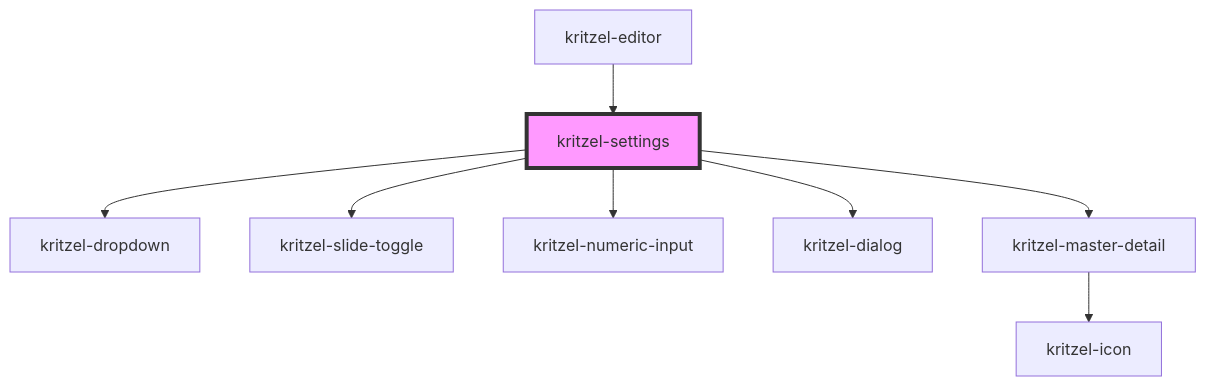
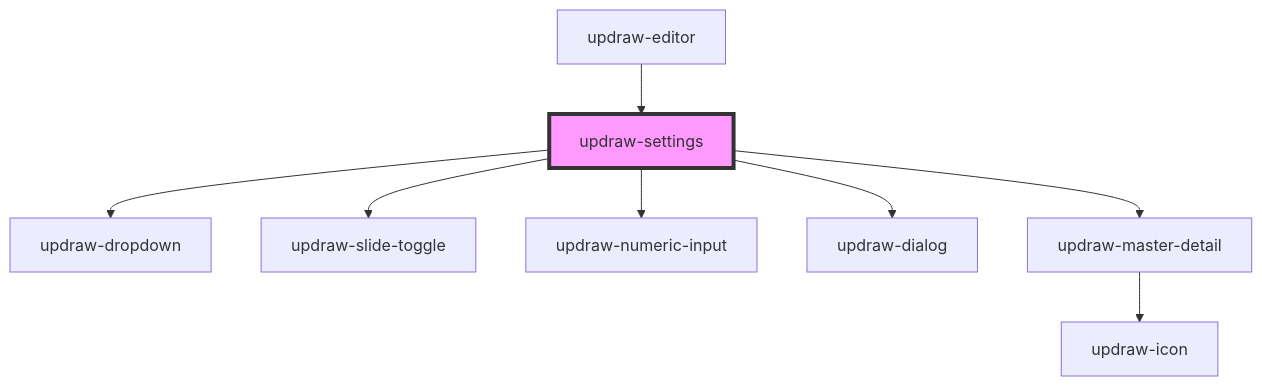
One commit to kasual1/kritzel changed the diagram in libs/editor/core/src/components/updraw-settings/readme.md. Above: the diagram before and after it, drawn with Mermaid. The commit also changed other lines of this file and 1129 other files, not shown here.

First line of the commit message:
Replace kritzel with updraw across the codebase

````diff
--- a/libs/editor/core/src/components/updraw-settings/readme.md
+++ b/libs/editor/core/src/components/updraw-settings/readme.md
@@ -85,11 +85,11 @@
 ```mermaid
 graph TD;
-  kritzel-settings --> kritzel-dropdown
-  kritzel-settings --> kritzel-slide-toggle
-  kritzel-settings --> kritzel-numeric-input
-  kritzel-settings --> kritzel-dialog
-  kritzel-settings --> kritzel-master-detail
-  kritzel-master-detail --> kritzel-icon
-  kritzel-editor --> kritzel-settings
-  style kritzel-settings fill:#f9f,stroke:#333,stroke-width:4px
+  updraw-settings --> updraw-dropdown
+  updraw-settings --> updraw-slide-toggle
+  updraw-settings --> updraw-numeric-input
+  updraw-settings --> updraw-dialog
+  updraw-settings --> updraw-master-detail
+  updraw-master-detail --> updraw-icon
+  updraw-editor --> updraw-settings
+  style updraw-settings fill:#f9f,stroke:#333,stroke-width:4px
 ```
````
